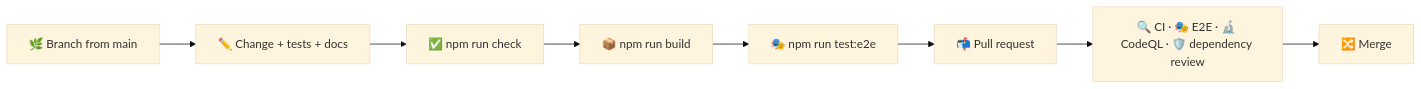
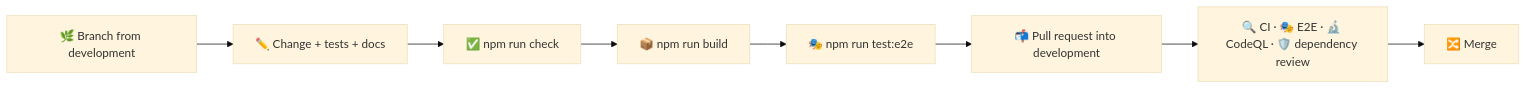
The diagram in docs/contributing.md (sacrificed666/next-weather-app), drawn with Mermaid (base theme) before and after one commit. The commit also changed other lines of this file and 143 other files, not shown here.

````diff
--- a/docs/contributing.md
+++ b/docs/contributing.md
@@ -5,10 +5,10 @@
 ```mermaid
 flowchart LR
-  Branch[🌿 Branch from main] --> Code[✏️ Change + tests + docs]
+  Branch[🌿 Branch from development] --> Code[✏️ Change + tests + docs]
   Code --> Check[✅ npm run check]
   Check --> Build[📦 npm run build]
   Build --> E2E[🎭 npm run test:e2e]
-  E2E --> PR[📬 Pull request]
+  E2E --> PR[📬 Pull request into development]
   PR --> CI[🔍 CI · 🎭 E2E · 🔬 CodeQL · 🛡️ dependency review]
   CI --> Merge[🔀 Merge]
 ```
````
